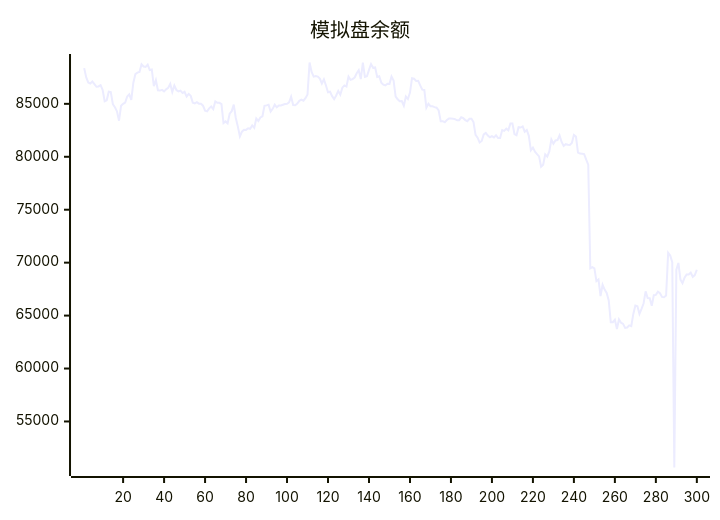
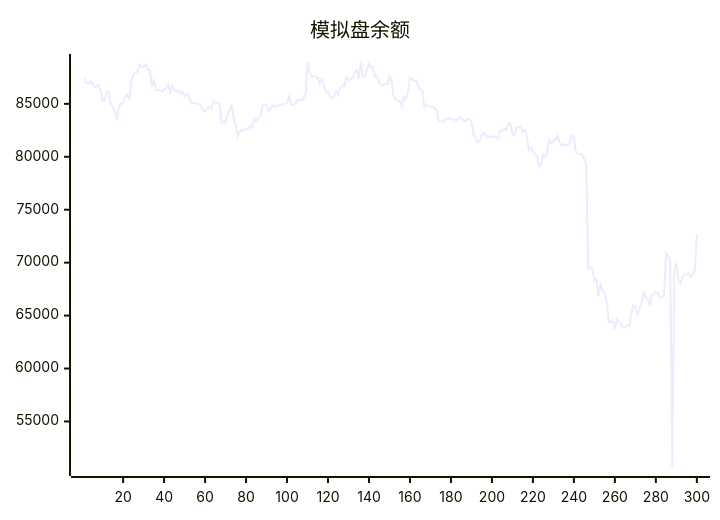
Before and after one commit to aahl/ai-trading: the diagram in README.md, drawn with Mermaid. The commit also changed other lines of this file and 1 other file, not shown here.

````diff
--- a/README.md
+++ b/README.md
@@ -5,5 +5,5 @@
 ```mermaid
 xychart
     title "模拟盘余额"
-    line [88372,87493,87018,86917,87102,86870,86613,86644,86758,86317,85242,85334,86149,86106,84968,84671,84302,83410,84816,85001,85127,85693,85891,85384,87001,87811,87945,88007,88734,88528,88495,88705,88189,88248,86662,87234,86279,86251,86314,86177,86364,86503,86886,86114,86731,86310,86176,86240,86017,86136,85685,85938,85749,85111,85044,85164,85016,85008,84824,84354,84287,84572,84745,84500,85234,85096,85095,84970,83180,83338,83157,84070,84309,84922,83667,82850,81924,82369,82552,82539,82695,82648,82962,82728,83619,83378,83710,83825,84819,84854,84917,84265,84527,84919,84668,84834,84850,84916,84981,85004,85131,85674,84891,84864,85019,85284,85393,85294,85538,85894,88904,88012,87567,87625,87568,87386,86920,87313,86737,86094,86143,85725,85437,85787,86219,85859,86526,86740,86630,87563,87264,87335,87483,87886,88180,87335,88894,87544,87608,88207,88755,88401,88444,87543,87608,87000,86810,86740,86894,86884,87576,87209,85686,85435,85251,85255,84820,85689,85453,86066,87420,87373,87161,87178,86740,86341,86315,84643,85012,84772,84768,84690,84635,84376,83360,83357,83259,83474,83608,83606,83602,83548,83440,83454,83724,83644,83464,83365,83590,83592,83275,82072,81806,81344,81492,82109,82254,82006,81848,81955,81829,82022,81769,81776,82522,82441,82656,82498,83144,83144,82150,82038,82797,82763,82872,82367,82536,81981,80612,80862,80484,80242,80034,79063,79245,80226,80016,80507,81625,81233,81544,81578,82016,81401,81019,81186,81130,81118,81306,82066,81909,80392,80304,80291,80258,79729,79261,69466,69579,69456,68251,68415,66832,67911,67462,67144,66432,64380,64375,64606,63740,64647,64324,64216,63842,63877,64078,64008,65156,65945,65888,65157,65625,66144,67284,66653,66639,65924,66925,66956,67263,67108,66766,66729,66886,70927,70673,70049,50652,69334,69973,68400,68061,68578,68876,68879,69055,68662,68822,69329]
+    line [87493,87018,86917,87102,86870,86613,86644,86758,86317,85242,85334,86149,86106,84968,84671,84302,83410,84816,85001,85127,85693,85891,85384,87001,87811,87945,88007,88734,88528,88495,88705,88189,88248,86662,87234,86279,86251,86314,86177,86364,86503,86886,86114,86731,86310,86176,86240,86017,86136,85685,85938,85749,85111,85044,85164,85016,85008,84824,84354,84287,84572,84745,84500,85234,85096,85095,84970,83180,83338,83157,84070,84309,84922,83667,82850,81924,82369,82552,82539,82695,82648,82962,82728,83619,83378,83710,83825,84819,84854,84917,84265,84527,84919,84668,84834,84850,84916,84981,85004,85131,85674,84891,84864,85019,85284,85393,85294,85538,85894,88904,88012,87567,87625,87568,87386,86920,87313,86737,86094,86143,85725,85437,85787,86219,85859,86526,86740,86630,87563,87264,87335,87483,87886,88180,87335,88894,87544,87608,88207,88755,88401,88444,87543,87608,87000,86810,86740,86894,86884,87576,87209,85686,85435,85251,85255,84820,85689,85453,86066,87420,87373,87161,87178,86740,86341,86315,84643,85012,84772,84768,84690,84635,84376,83360,83357,83259,83474,83608,83606,83602,83548,83440,83454,83724,83644,83464,83365,83590,83592,83275,82072,81806,81344,81492,82109,82254,82006,81848,81955,81829,82022,81769,81776,82522,82441,82656,82498,83144,83144,82150,82038,82797,82763,82872,82367,82536,81981,80612,80862,80484,80242,80034,79063,79245,80226,80016,80507,81625,81233,81544,81578,82016,81401,81019,81186,81130,81118,81306,82066,81909,80392,80304,80291,80258,79729,79261,69466,69579,69456,68251,68415,66832,67911,67462,67144,66432,64380,64375,64606,63740,64647,64324,64216,63842,63877,64078,64008,65156,65945,65888,65157,65625,66144,67284,66653,66639,65924,66925,66956,67263,67108,66766,66729,66886,70927,70673,70049,50652,69334,69973,68400,68061,68578,68876,68879,69055,68662,68822,69329,72687]
 ```
````
